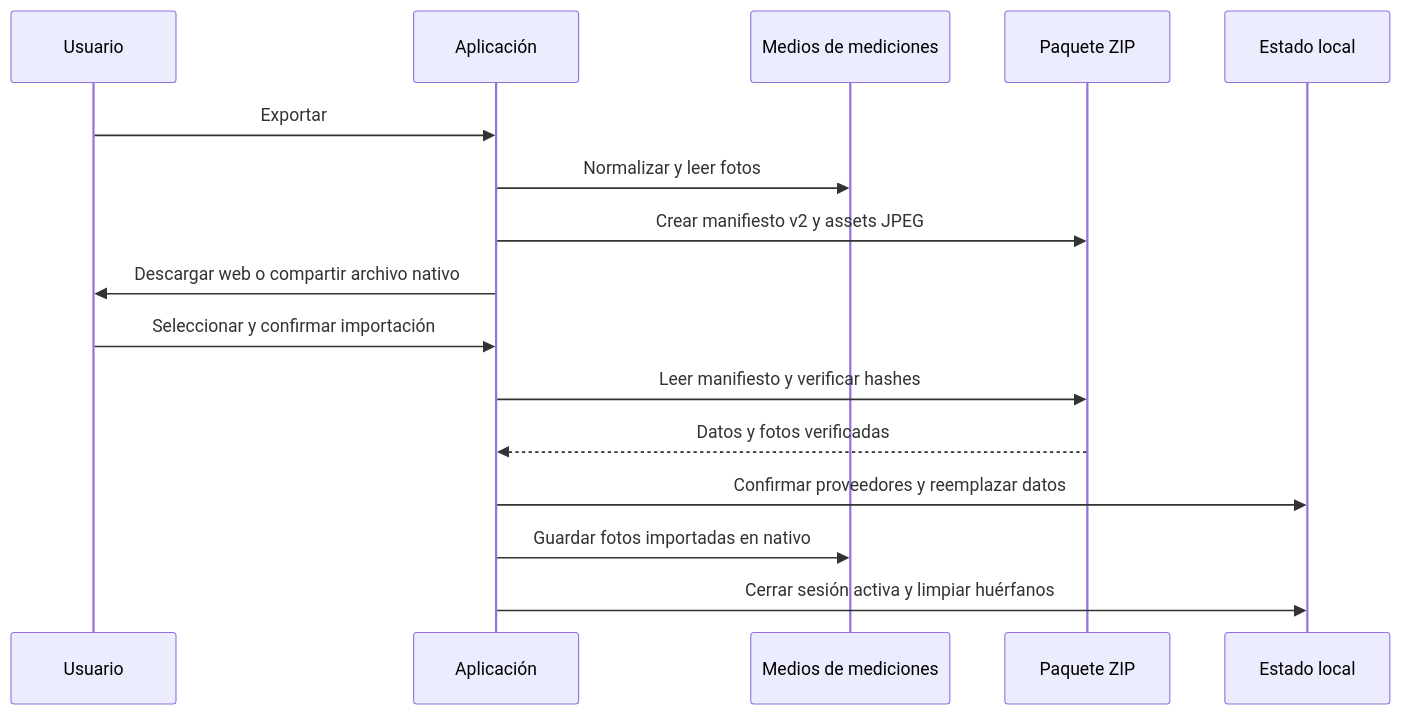
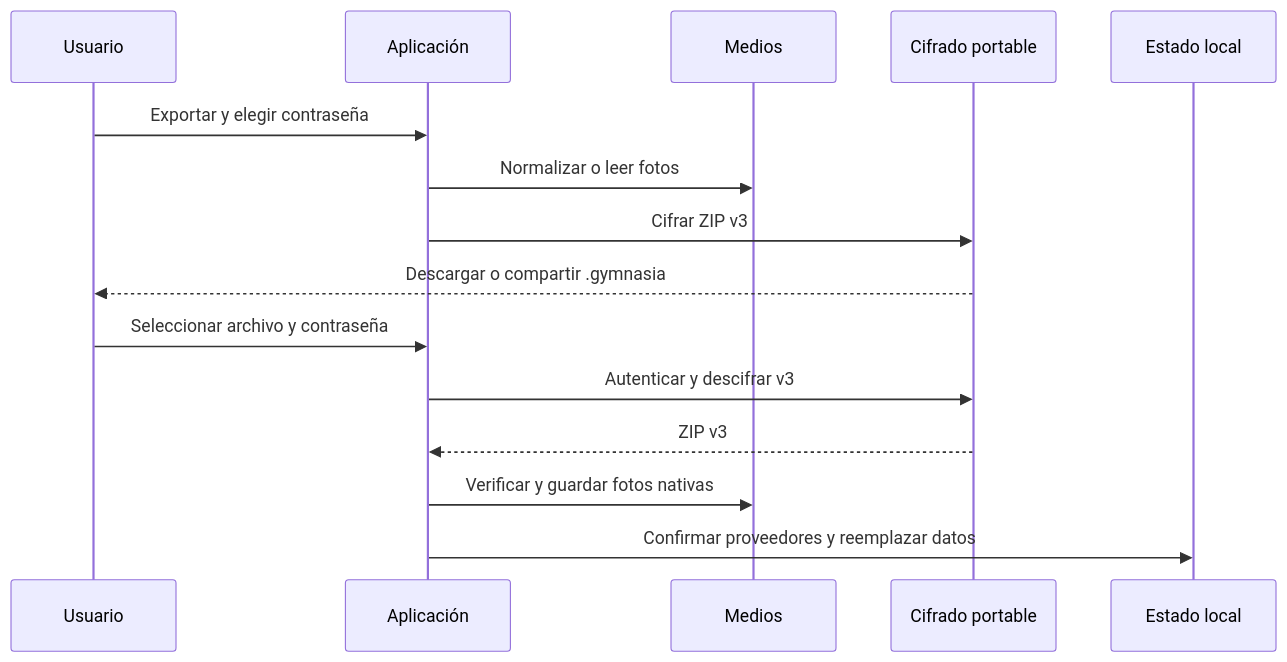
Before and after one commit to maximofn/gymnasia: the second of 2 diagrams in openwiki/mobile/local-state-and-backup.md, drawn with Mermaid. The commit also changed other lines of this file and 50 other files, not shown here.

````diff
--- a/openwiki/mobile/local-state-and-backup.md
+++ b/openwiki/mobile/local-state-and-backup.md
@@ -106,18 +117,17 @@
 ```mermaid
 sequenceDiagram
   participant User as Usuario
   participant App as Aplicación
-  participant Media as Medios de mediciones
-  participant Package as Paquete ZIP
+  participant Media as Medios
+  participant Cipher as Cifrado portable
   participant Storage as Estado local
-  User->>App: Exportar
-  App->>Media: Normalizar y leer fotos
-  App->>Package: Crear manifiesto v2 y assets JPEG
-  App->>User: Descargar web o compartir archivo nativo
-  User->>App: Seleccionar y confirmar importación
-  App->>Package: Leer manifiesto y verificar hashes
-  Package-->>App: Datos y fotos verificadas
+  User->>App: Exportar y elegir contraseña
+  App->>Media: Normalizar o leer fotos
+  App->>Cipher: Cifrar ZIP v3
+  Cipher-->>User: Descargar o compartir .gymnasia
+  User->>App: Seleccionar archivo y contraseña
+  App->>Cipher: Autenticar y descifrar v3
+  Cipher-->>App: ZIP v3
+  App->>Media: Verificar y guardar fotos nativas
   App->>Storage: Confirmar proveedores y reemplazar datos
-  App->>Media: Guardar fotos importadas en nativo
-  App->>Storage: Cerrar sesión activa y limpiar huérfanos
 ```
````
